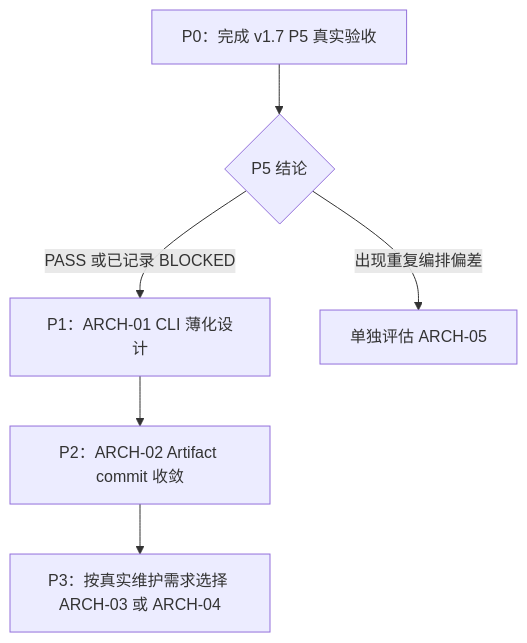
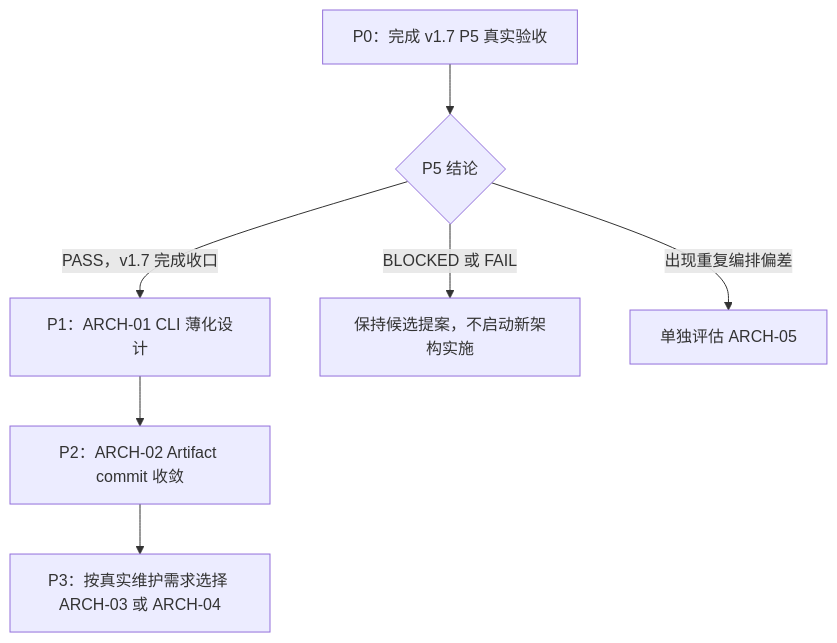
The seventh of 7 diagrams in docs/architecture/architecture-direction-review-2026-08-20.md (EdgarLQS/mynews), drawn with Mermaid before and after one commit. The commit also changed other lines of this file, not shown here.

Commit message:
docs: fix architecture review status gates

````diff
--- a/docs/architecture/architecture-direction-review-2026-08-20.md
+++ b/docs/architecture/architecture-direction-review-2026-08-20.md
@@ -361,8 +363,9 @@
 ```mermaid
 flowchart TD
     P5[P0：完成 v1.7 P5 真实验收] --> D{P5 结论}
-    D -->|PASS 或已记录 BLOCKED| A1[P1：ARCH-01 CLI 薄化设计]
+    D -->|PASS，v1.7 完成收口| A1[P1：ARCH-01 CLI 薄化设计]
+    D -->|BLOCKED 或 FAIL| H[保持候选提案，不启动新架构实施]
     A1 --> A2[P2：ARCH-02 Artifact commit 收敛]
     A2 --> A3[P3：按真实维护需求选择 ARCH-03 或 ARCH-04]
     D -->|出现重复编排偏差| A5[单独评估 ARCH-05]
 ```
````
